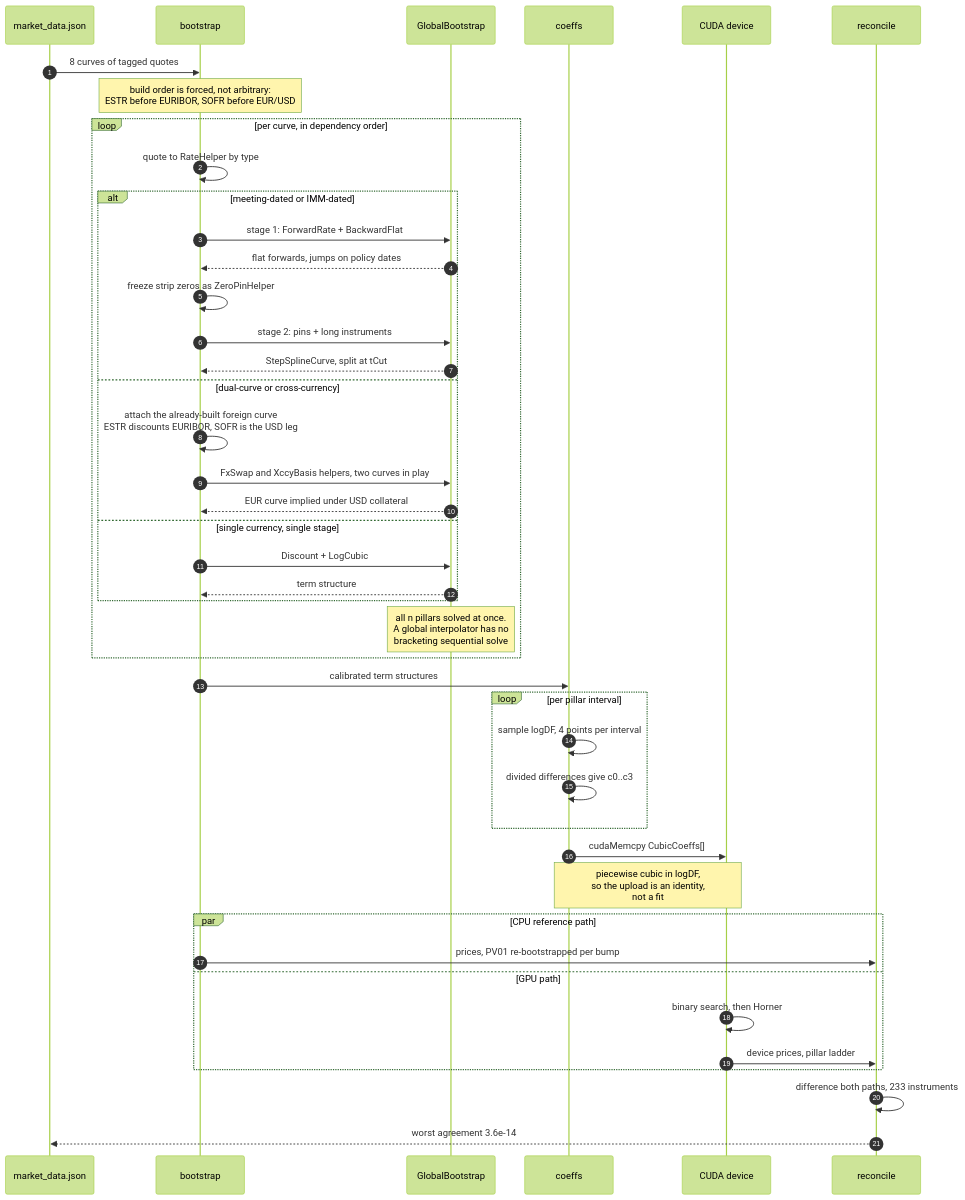
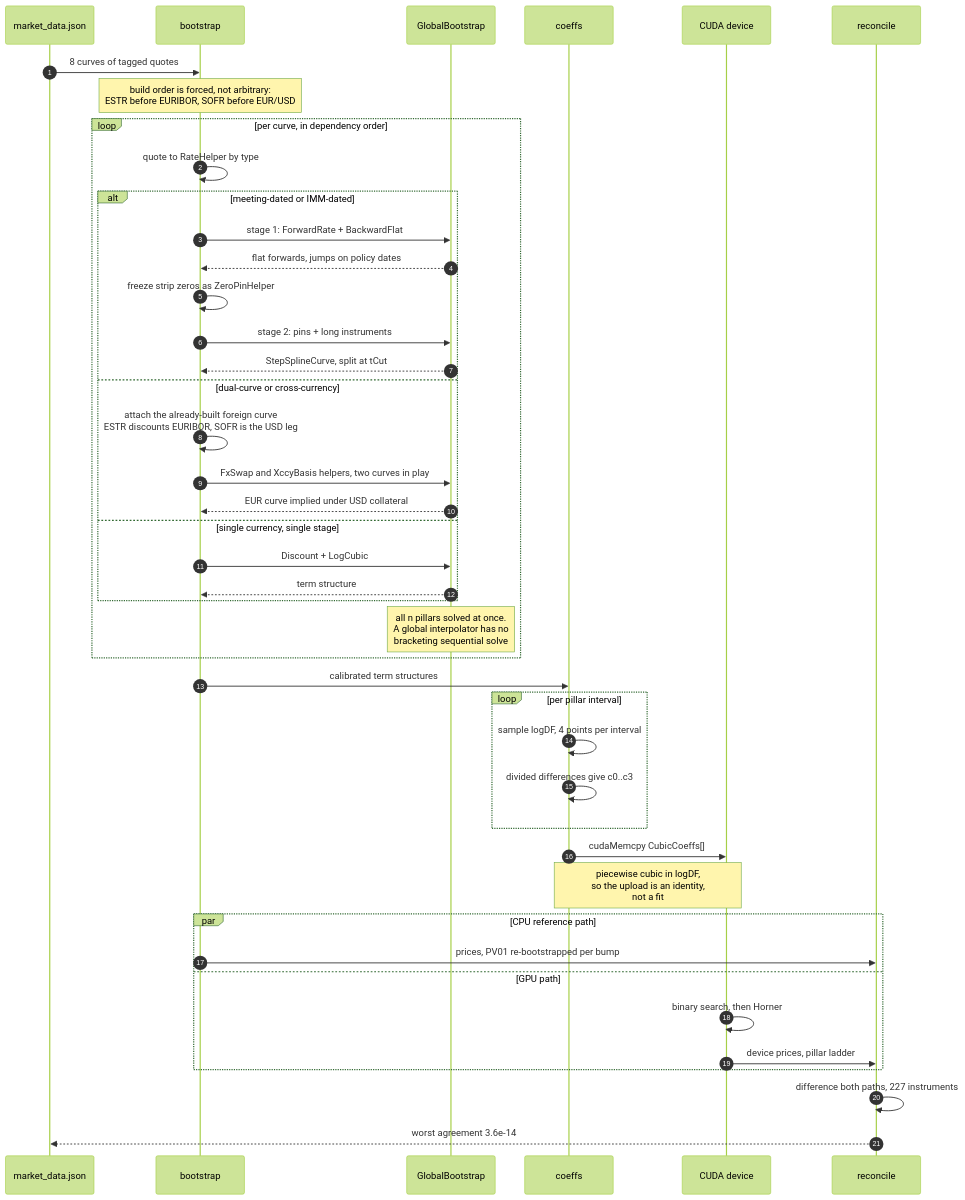
The diagram in src/components/dashboards/curve_model/diagrams/valuation-run.mmd (jrwglover/portfolio), drawn with Mermaid (forest theme) before and after one commit. The commit also changed 7 other files, not shown here.

```diff
--- a/src/components/dashboards/curve_model/diagrams/valuation-run.mmd
+++ b/src/components/dashboards/curve_model/diagrams/valuation-run.mmd
@@ -1,52 +1,52 @@
 %% One valuation run, in order, with the real operations named.
 %% Note: avoid "->", angle brackets and semicolons in message text. The
 %% lexer reads them as arrow tokens and fails to parse.
 sequenceDiagram
   autonumber
   participant MD as market_data.json
   participant B as bootstrap
   participant QL as GlobalBootstrap
   participant SC as coeffs
   participant GPU as CUDA device
   participant V as reconcile
 
   MD->>B: 8 curves of tagged quotes
 
   Note over B: build order is forced, not arbitrary:<br/>ESTR before EURIBOR, SOFR before EUR/USD
 
   loop per curve, in dependency order
     B->>B: quote to RateHelper by type
     alt meeting-dated or IMM-dated
       B->>QL: stage 1: ForwardRate + BackwardFlat
       QL-->>B: flat forwards, jumps on policy dates
       B->>B: freeze strip zeros as ZeroPinHelper
       B->>QL: stage 2: pins + long instruments
       QL-->>B: StepSplineCurve, split at tCut
     else dual-curve or cross-currency
       B->>B: attach the already-built foreign curve<br/>ESTR discounts EURIBOR, SOFR is the USD leg
       B->>QL: FxSwap and XccyBasis helpers, two curves in play
       QL-->>B: EUR curve implied under USD collateral
     else single currency, single stage
       B->>QL: Discount + LogCubic
       QL-->>B: term structure
     end
     Note over QL: all n pillars solved at once.<br/>A global interpolator has no<br/>bracketing sequential solve
   end
 
   B->>SC: calibrated term structures
   loop per pillar interval
     SC->>SC: sample logDF, 4 points per interval
     SC->>SC: divided differences give c0..c3
   end
   SC->>GPU: cudaMemcpy CubicCoeffs[]
   Note over SC,GPU: piecewise cubic in logDF,<br/>so the upload is an identity,<br/>not a fit
 
   par CPU reference path
     B->>V: prices, PV01 re-bootstrapped per bump
   and GPU path
     GPU->>GPU: binary search, then Horner
     GPU->>V: device prices, pillar ladder
   end
 
-  V->>V: difference both paths, 233 instruments
+  V->>V: difference both paths, 227 instruments
   V-->>MD: worst agreement 3.6e-14
```
